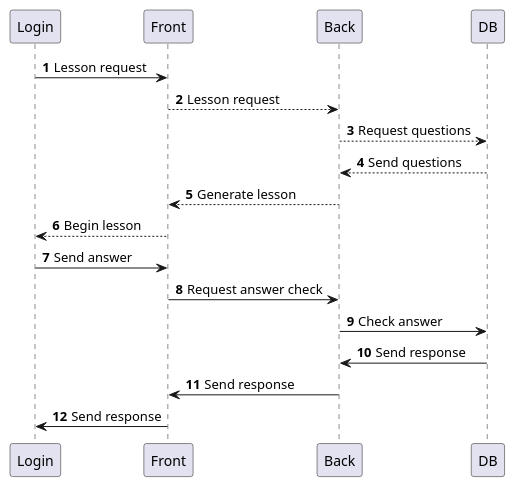
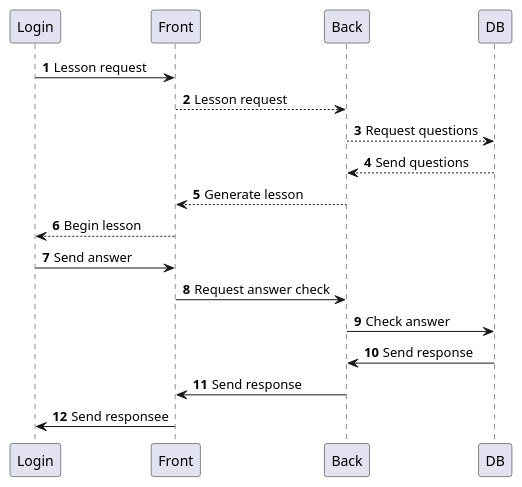
One commit to ArdentxX/LanguageApp changed the diagram in Diagram.puml. Above: the diagram before and after it, drawn with PlantUML. The commit also changed 2 other files, not shown here.

```diff
--- a/Diagram.puml
+++ b/Diagram.puml
@@ -1,20 +1,20 @@
 @startuml
 'https://plantuml.com/sequence-diagram
 
 autonumber
 
 Login -> Front:  Lesson request
 Front --> Back: Lesson request
 Back-->DB: Request questions
 DB-->Back: Send questions
 Back-->Front: Generate lesson
 Front-->Login: Begin lesson
 
 Login->Front: Send answer
 Front->Back: Request answer check
 Back->DB: Check answer
 DB->Back: Send response
 Back->Front: Send response
-Front->Login: Send response
+Front->Login: Send responsee
 
 @enduml
```
